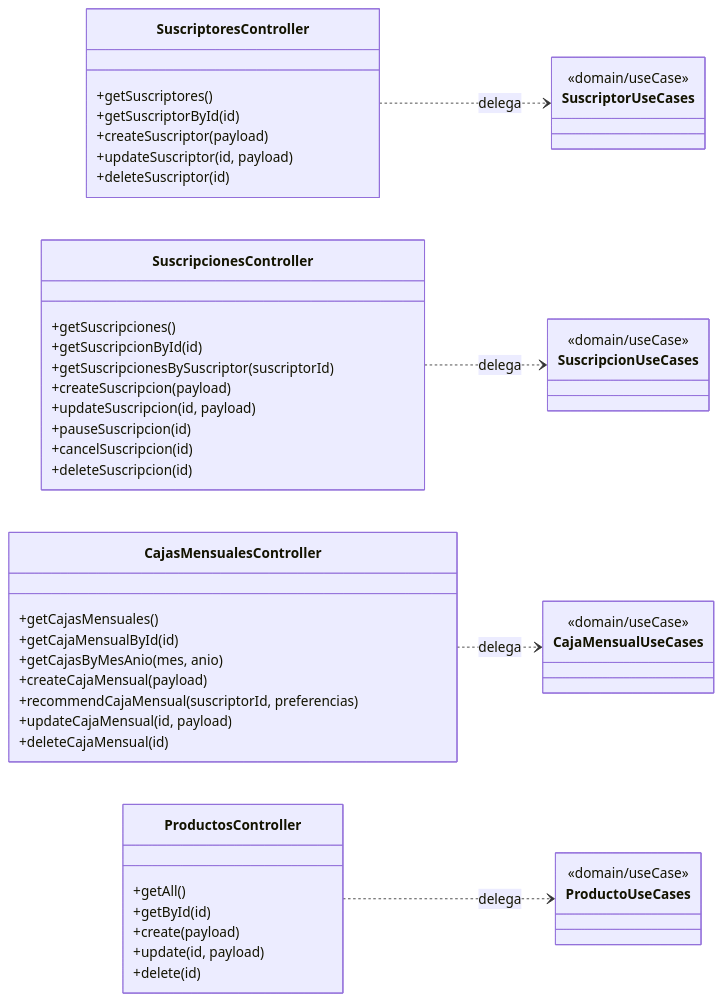
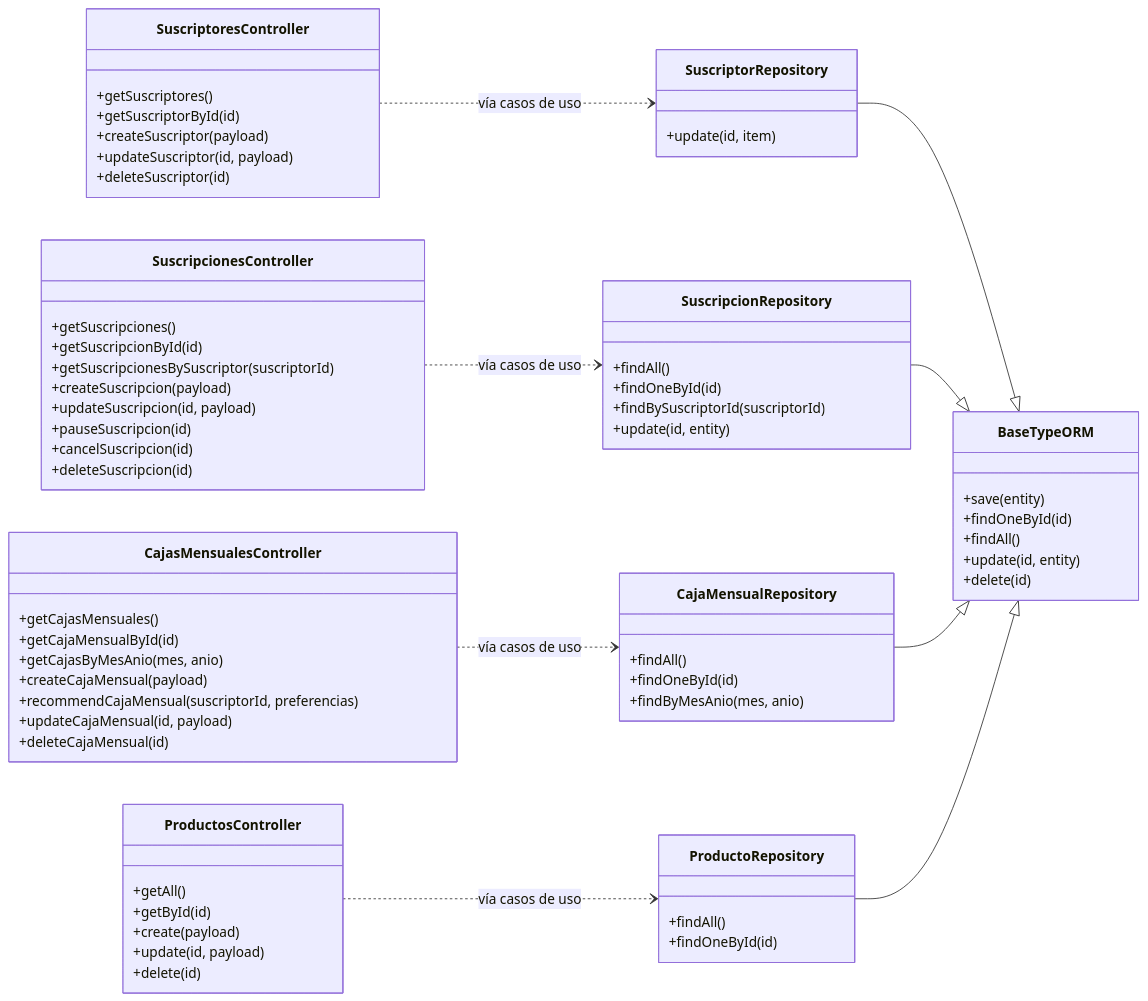
The second of 2 diagrams in docs/diagrama-de-clases.md (Kagushutchi/LeyLine), drawn with Mermaid before and after one commit. The commit also changed other lines of this file, not shown here.

Commit message:
fix: diagrama de clases

````diff
--- a/docs/diagrama-de-clases.md
+++ b/docs/diagrama-de-clases.md
@@ -134,62 +134,78 @@
 ```mermaid
 classDiagram
     direction LR
 
     class SuscriptoresController {
         +getSuscriptores()
         +getSuscriptorById(id)
         +createSuscriptor(payload)
         +updateSuscriptor(id, payload)
         +deleteSuscriptor(id)
     }
 
     class SuscripcionesController {
         +getSuscripciones()
         +getSuscripcionById(id)
         +getSuscripcionesBySuscriptor(suscriptorId)
         +createSuscripcion(payload)
         +updateSuscripcion(id, payload)
         +pauseSuscripcion(id)
         +cancelSuscripcion(id)
         +deleteSuscripcion(id)
     }
 
     class CajasMensualesController {
         +getCajasMensuales()
         +getCajaMensualById(id)
         +getCajasByMesAnio(mes, anio)
         +createCajaMensual(payload)
         +recommendCajaMensual(suscriptorId, preferencias)
         +updateCajaMensual(id, payload)
         +deleteCajaMensual(id)
     }
 
     class ProductosController {
         +getAll()
         +getById(id)
         +create(payload)
         +update(id, payload)
         +delete(id)
     }
 
-    class SuscriptorUseCases {
-        <<domain/useCase>>
+    class BaseTypeORM {
+        +save(entity)
+        +findOneById(id)
+        +findAll()
+        +update(id, entity)
+        +delete(id)
     }
 
-    class SuscripcionUseCases {
-        <<domain/useCase>>
+    class SuscriptorRepository {
+        +update(id, item)
+    }
+    class SuscripcionRepository {
+        +findAll()
+        +findOneById(id)
+        +findBySuscriptorId(suscriptorId)
+        +update(id, entity)
+    }
+    class CajaMensualRepository {
+        +findAll()
+        +findOneById(id)
+        +findByMesAnio(mes, anio)
+    }
+    class ProductoRepository {
+        +findAll()
+        +findOneById(id)
     }
 
-    class CajaMensualUseCases {
-        <<domain/useCase>>
-    }
+    SuscriptoresController ..> SuscriptorRepository : vía casos de uso
+    SuscripcionesController ..> SuscripcionRepository : vía casos de uso
+    CajasMensualesController ..> CajaMensualRepository : vía casos de uso
+    ProductosController ..> ProductoRepository : vía casos de uso
 
-    class ProductoUseCases {
-        <<domain/useCase>>
-    }
-
-    SuscriptoresController ..> SuscriptorUseCases : delega
-    SuscripcionesController ..> SuscripcionUseCases : delega
-    CajasMensualesController ..> CajaMensualUseCases : delega
-    ProductosController ..> ProductoUseCases : delega
+    SuscriptorRepository --|> BaseTypeORM
+    SuscripcionRepository --|> BaseTypeORM
+    CajaMensualRepository --|> BaseTypeORM
+    ProductoRepository --|> BaseTypeORM
 ```
````
